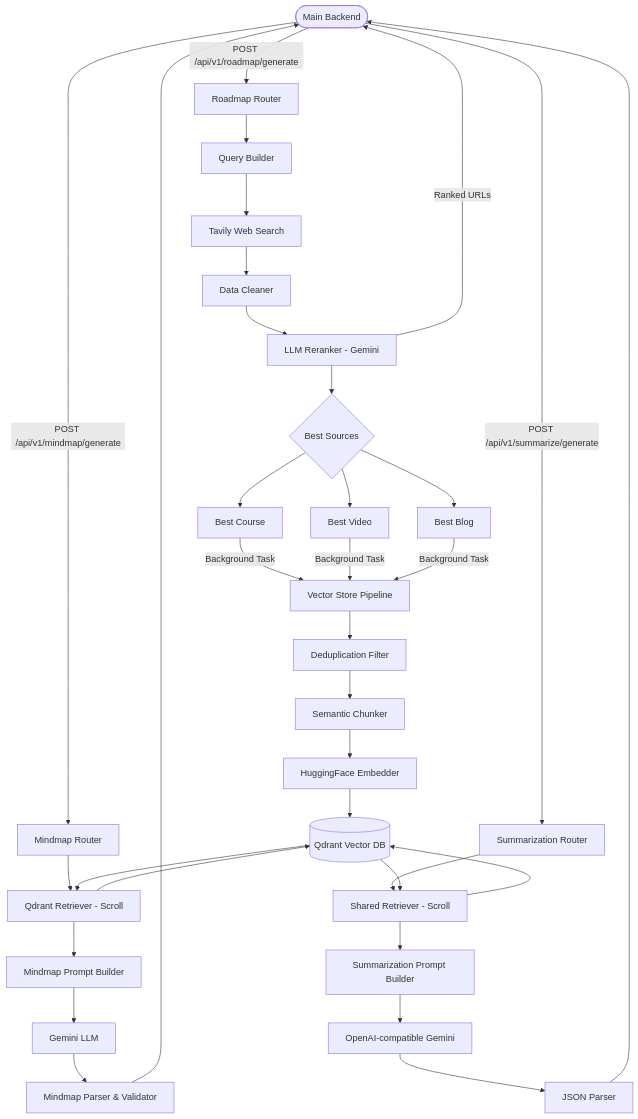
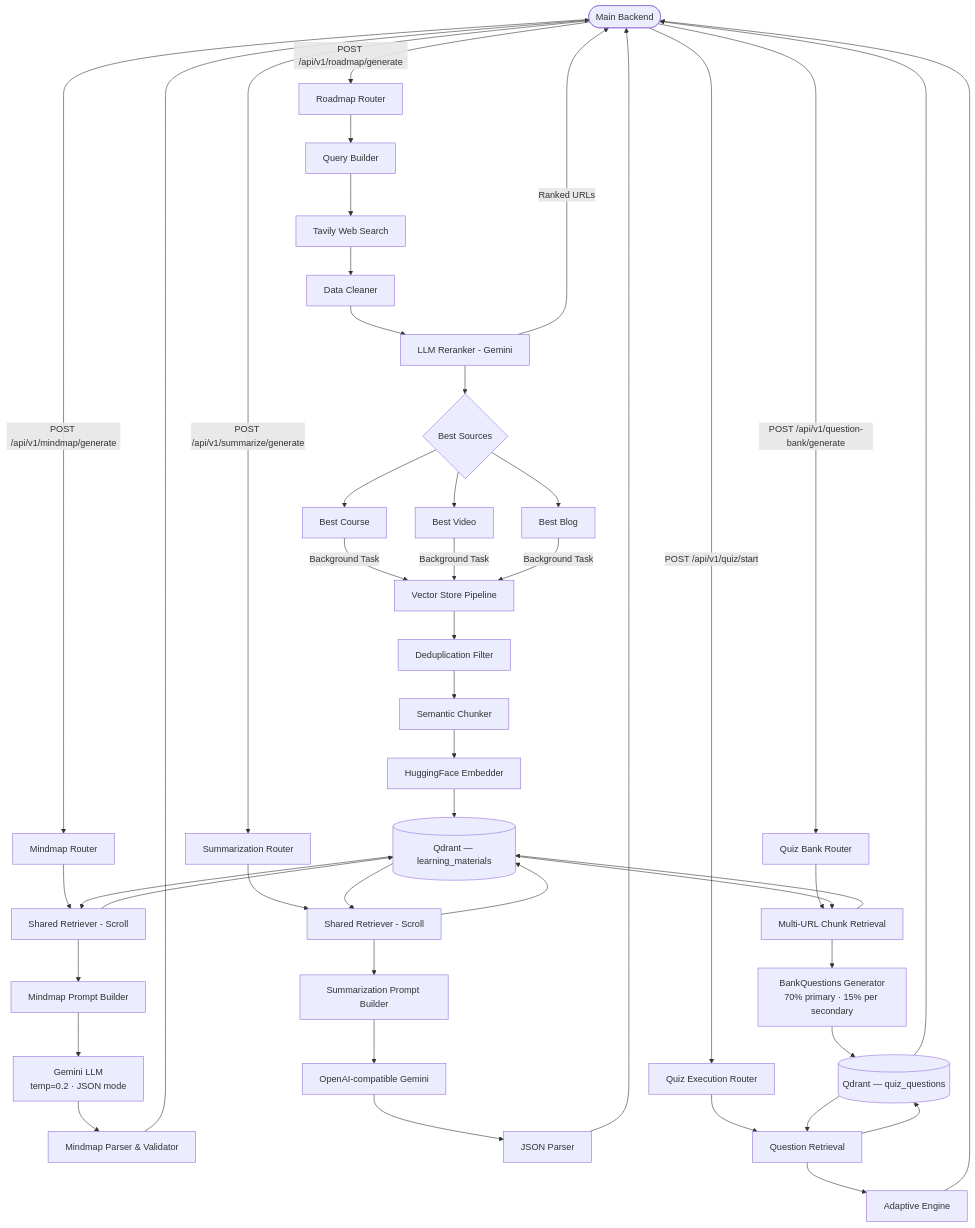
The first of 6 diagrams in README.md (MohamedMagdy-203/learning-services), drawn with Mermaid before and after one commit. The commit also changed other lines of this file, not shown here.

Commit message:
chore: Adding the quiz feature documentation to README

````diff
--- a/README.md
+++ b/README.md
@@ -48,42 +50,57 @@
 ```mermaid
 flowchart TD
     A([Main Backend]) -->|POST /api/v1/roadmap/generate| B[Roadmap Router]
 
     B --> C[Query Builder]
     C --> D[Tavily Web Search]
     D --> E[Data Cleaner]
     E --> F[LLM Reranker - Gemini]
 
     F --> G{Best Sources}
     G --> G1[Best Course]
     G --> G2[Best Video]
     G --> G3[Best Blog]
 
     G1 & G2 & G3 -->|Background Task| H[Vector Store Pipeline]
 
     H --> H1[Deduplication Filter]
     H1 --> H2[Semantic Chunker]
     H2 --> H3[HuggingFace Embedder]
-    H3 --> H4[(Qdrant Vector DB)]
+    H3 --> H4[(Qdrant — learning_materials)]
 
     F -->|Ranked URLs| A
 
     A -->|POST /api/v1/mindmap/generate| I[Mindmap Router]
     A -->|POST /api/v1/summarize/generate| J[Summarization Router]
+    A -->|POST /api/v1/question-bank/generate| K[Quiz Bank Router]
+    A -->|POST /api/v1/quiz/start| L[Quiz Execution Router]
 
-    I --> K[Qdrant Retriever - Scroll]
-    K --> H4
-    H4 --> K
-    K --> L[Mindmap Prompt Builder]
-    L --> M[Gemini LLM]
-    M --> N[Mindmap Parser & Validator]
-    N --> A
+    I --> M[Shared Retriever - Scroll]
+    M --> H4
+    H4 --> M
+    M --> N[Mindmap Prompt Builder]
+    N --> O[Gemini LLM\ntemp=0.2 · JSON mode]
+    O --> P[Mindmap Parser & Validator]
+    P --> A
 
-    J --> O[Shared Retriever - Scroll]
-    O --> H4
-    H4 --> O
-    O --> P[Summarization Prompt Builder]
-    P --> Q[OpenAI-compatible Gemini]
-    Q --> R[JSON Parser]
-    R --> A
+    J --> Q[Shared Retriever - Scroll]
+    Q --> H4
+    H4 --> Q
+    Q --> R[Summarization Prompt Builder]
+    R --> S[OpenAI-compatible Gemini]
+    S --> T[JSON Parser]
+    T --> A
+
+    K --> U[Multi-URL Chunk Retrieval]
+    U --> H4
+    H4 --> U
+    U --> V[BankQuestions Generator\n70% primary · 15% per secondary]
+    V --> W[(Qdrant — quiz_questions)]
+    W --> A
+
+    L --> X[Question Retrieval]
+    X --> W
+    W --> X
+    X --> Y[Adaptive Engine]
+    Y --> A
 ```
````
